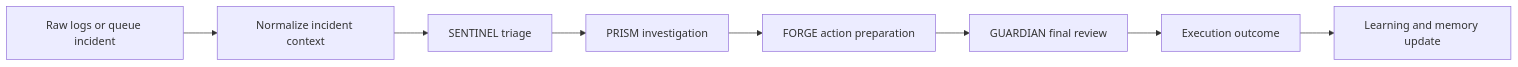
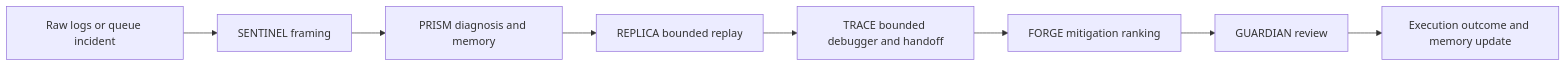
The first of 2 diagrams in docs/VISUAL_ARCHITECTURE_AND_FLOWS.md (kunalkachru/nexus-v2), drawn with Mermaid before and after one commit. The commit also changed other lines of this file and 32 other files, not shown here.

First line of the commit message:
feat(#110): Bounded REPLICA and TRACE support for auth dependency family

````diff
--- a/docs/VISUAL_ARCHITECTURE_AND_FLOWS.md
+++ b/docs/VISUAL_ARCHITECTURE_AND_FLOWS.md
@@ -41,10 +38,10 @@
 ```mermaid
 flowchart LR
-    A["Raw logs or queue incident"] --> B["Normalize incident context"]
-    B --> C["SENTINEL triage"]
-    C --> D["PRISM investigation"]
-    D --> E["FORGE action preparation"]
-    E --> F["GUARDIAN final review"]
-    F --> G["Execution outcome"]
-    G --> H["Learning and memory update"]
+    A["Raw logs or queue incident"] --> B["SENTINEL framing"]
+    B --> C["PRISM diagnosis and memory"]
+    C --> D["REPLICA bounded replay"]
+    D --> E["TRACE bounded debugger and handoff"]
+    E --> F["FORGE mitigation ranking"]
+    F --> G["GUARDIAN review"]
+    G --> H["Execution outcome and memory update"]
 ```
````
